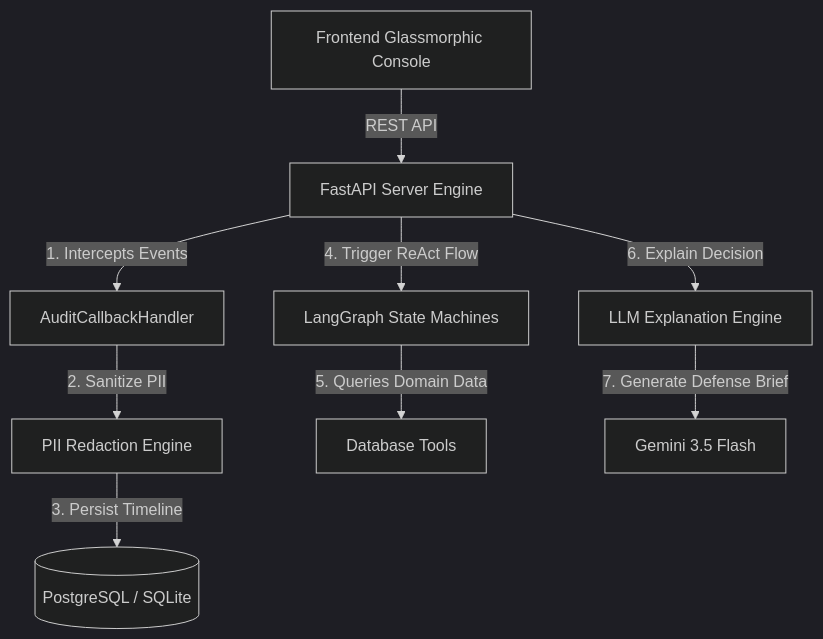
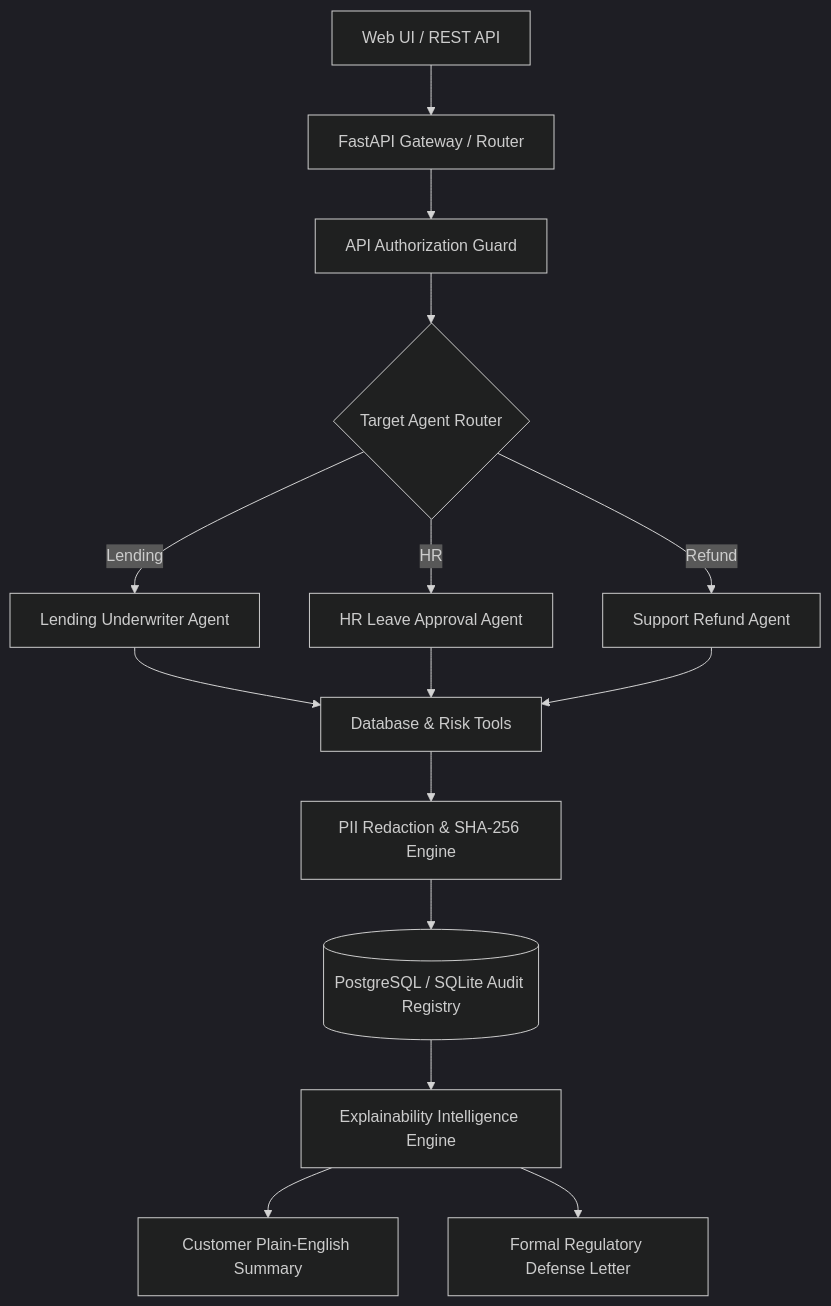
One commit to GopikaArumugam/TraceGuard changed the diagram in README.md. Above: the diagram before and after it, drawn with Mermaid (dark theme). The commit also changed other lines of this file, not shown here.

````diff
--- a/README.md
+++ b/README.md
@@ -35,11 +51,21 @@
 ```mermaid
 graph TD
-    UI[Frontend Glassmorphic Console] -->|REST API| API[FastAPI Server Engine]
-    API -->|1. Intercepts Events| Callback[AuditCallbackHandler]
-    Callback -->|2. Sanitize PII| Redactor[PII Redaction Engine]
-    Redactor -->|3. Persist Timeline| DB[(PostgreSQL / SQLite)]
-    API -->|4. Trigger ReAct Flow| LangGraph[LangGraph State Machines]
-    LangGraph -->|5. Queries Domain Data| Tools[Database Tools]
-    API -->|6. Explain Decision| Summarizer[LLM Explanation Engine]
-    Summarizer -->|7. Generate Defense Brief| Gemini[Gemini 3.5 Flash]
+    Client[Web UI / REST API] --> FastAPI[FastAPI Gateway / Router]
+    FastAPI --> Auth[API Authorization Guard]
+    Auth --> Agents{Target Agent Router}
+    
+    Agents --> |Lending| LoanAgent[Lending Underwriter Agent]
+    Agents --> |HR| HRAgent[HR Leave Approval Agent]
+    Agents --> |Refund| RefundAgent[Support Refund Agent]
+    
+    LoanAgent --> Tools[Database & Risk Tools]
+    HRAgent --> Tools
+    RefundAgent --> Tools
+    
+    Tools --> Redactor[PII Redaction & SHA-256 Engine]
+    Redactor --> DB[(PostgreSQL / SQLite Audit Registry)]
+    
+    DB --> Summarizer[Explainability Intelligence Engine]
+    Summarizer --> CustSummary[Customer Plain-English Summary]
+    Summarizer --> RegDraft[Formal Regulatory Defense Letter]
 ```
````
